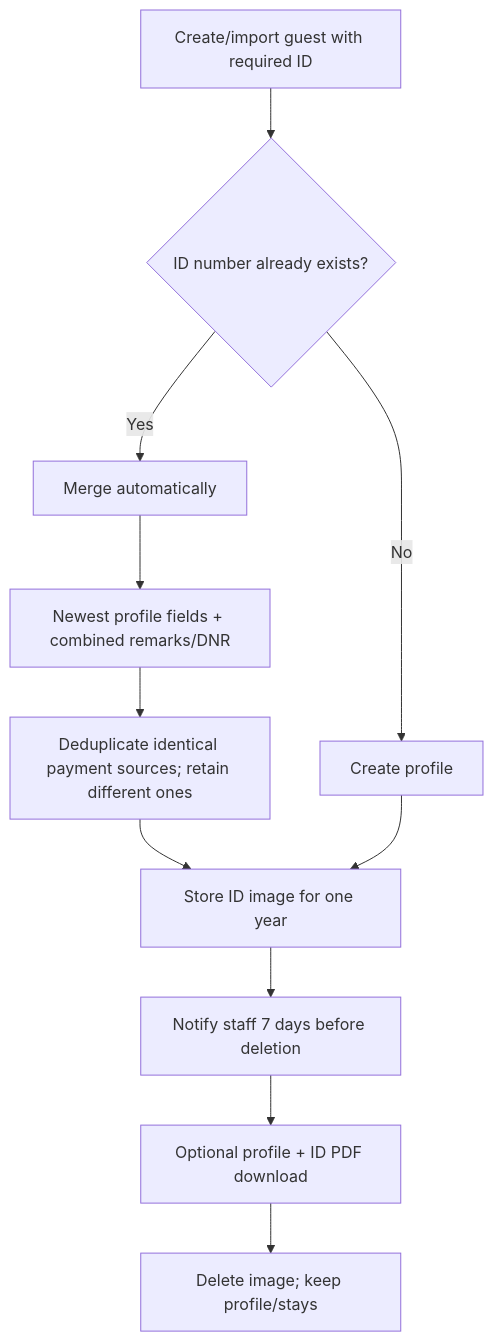
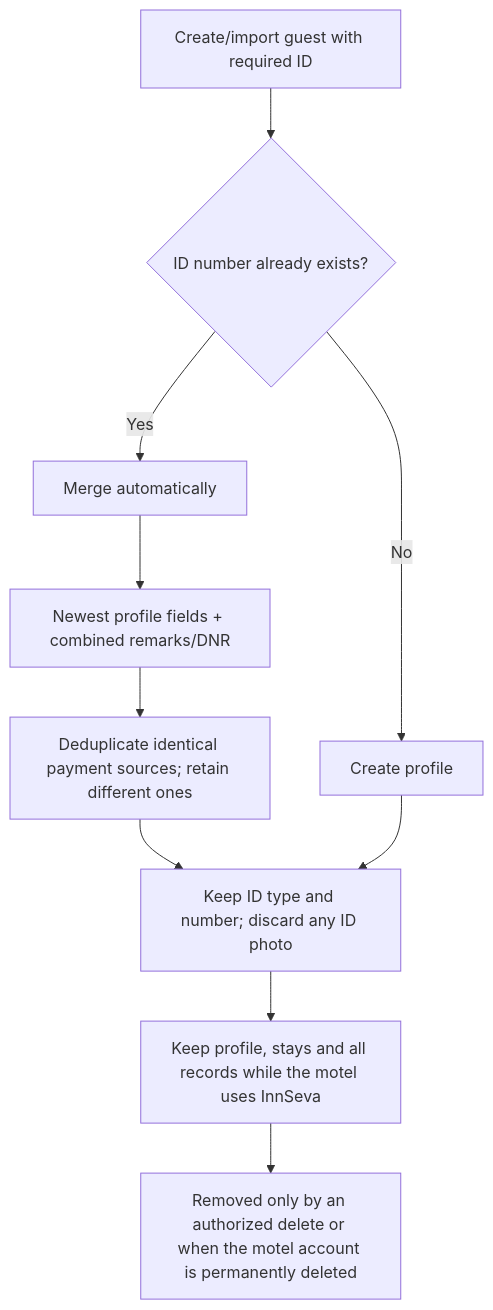
Diagram 13 of 14 in docs/user-flow.md (axellonecommerce-pixel/Hotel-PMS-Backend), drawn with Mermaid before and after one commit. The commit also changed other lines of this file and 4 other files, not shown here.

First line of the commit message:
Docs: keep all motel data until the account is deleted; never store guest ID photos

````diff
--- a/docs/user-flow.md
+++ b/docs/user-flow.md
@@ -203,13 +203,12 @@
 ```mermaid
 flowchart TD
   A[Create/import guest with required ID] --> B{ID number already exists?}
   B -->|Yes| C[Merge automatically]
   C --> D[Newest profile fields + combined remarks/DNR]
   D --> E[Deduplicate identical payment sources; retain different ones]
   B -->|No| F[Create profile]
-  E --> G[Store ID image for one year]
+  E --> G[Keep ID type and number; discard any ID photo]
   F --> G
-  G --> H[Notify staff 7 days before deletion]
-  H --> I[Optional profile + ID PDF download]
-  I --> J[Delete image; keep profile/stays]
+  G --> H[Keep profile, stays and all records while the motel uses InnSeva]
+  H --> I[Removed only by an authorized delete or when the motel account is permanently deleted]
 ```
````
